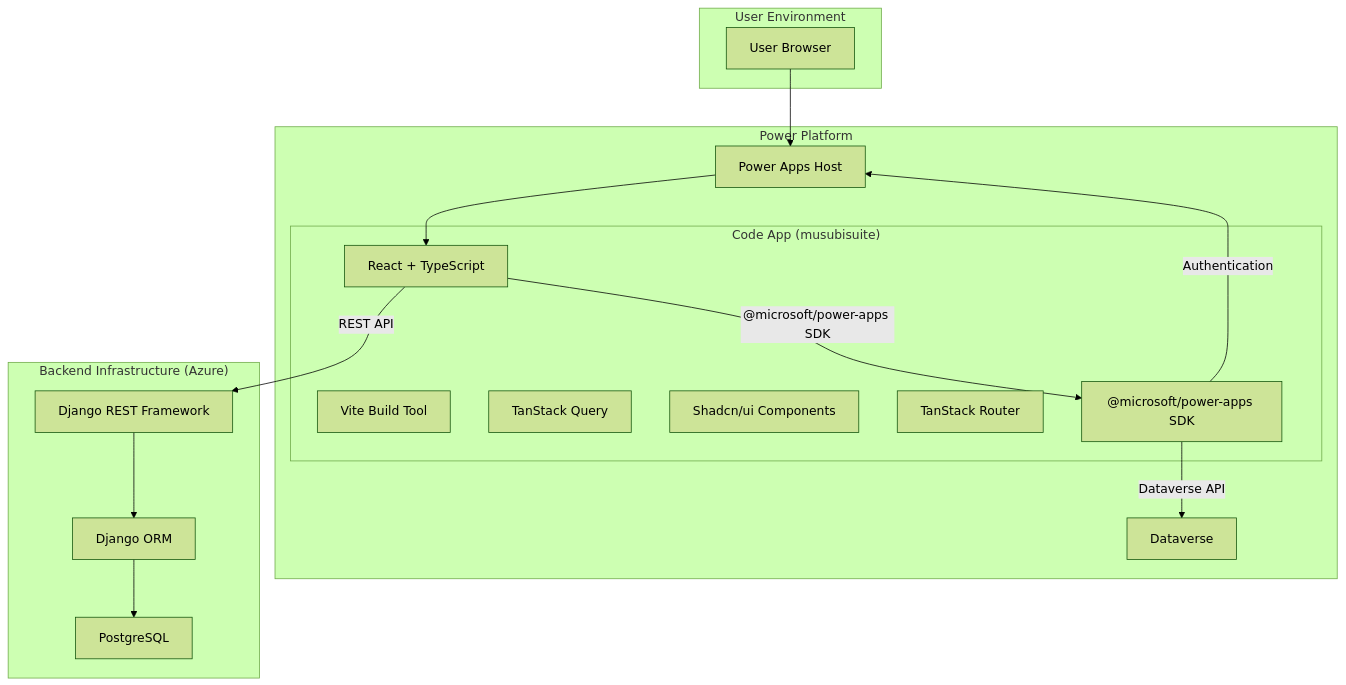
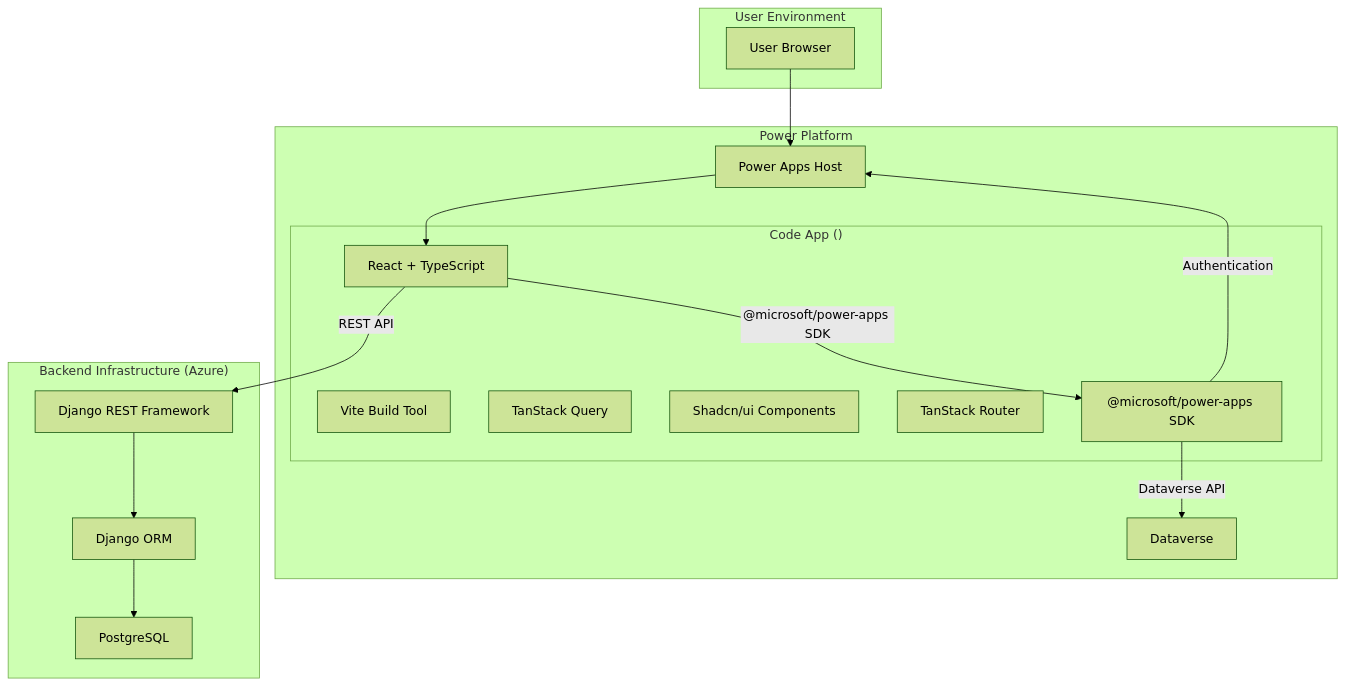
Before and after one commit to tts885/musubisuite: the diagram in Guideline/00_OVERVIEW.md, drawn with Mermaid (forest theme). The commit also changed other lines of this file and 47 other files, not shown here.

````diff
--- a/Guideline/00_OVERVIEW.md
+++ b/Guideline/00_OVERVIEW.md
@@ -66,37 +66,37 @@
 ```mermaid
 graph TB
     subgraph "User Environment"
         U[User Browser]
     end
 
     subgraph "Power Platform"
         PAH["Power Apps Host"]
         DV[Dataverse]
         
-        subgraph "Code App (musubisuite)"
+        subgraph "Code App ()"
             A[React + TypeScript]
             B[Vite Build Tool]
             C[TanStack Query]
             D[Shadcn/ui Components]
             E[TanStack Router]
             PPA["@microsoft/power-apps SDK"]
         end
     end
     
     subgraph "Backend Infrastructure (Azure)"
         F[Django REST Framework]
         G[PostgreSQL]
         H[Django ORM]
     end
     
     U --> PAH
     PAH --> A
     
     A -- "@microsoft/power-apps SDK" --> PPA
     PPA -- "Dataverse API" --> DV
     PPA -- "Authentication" --> PAH
 
     A -- "REST API" --> F
     F --> H
     H --> G
 ```
````
